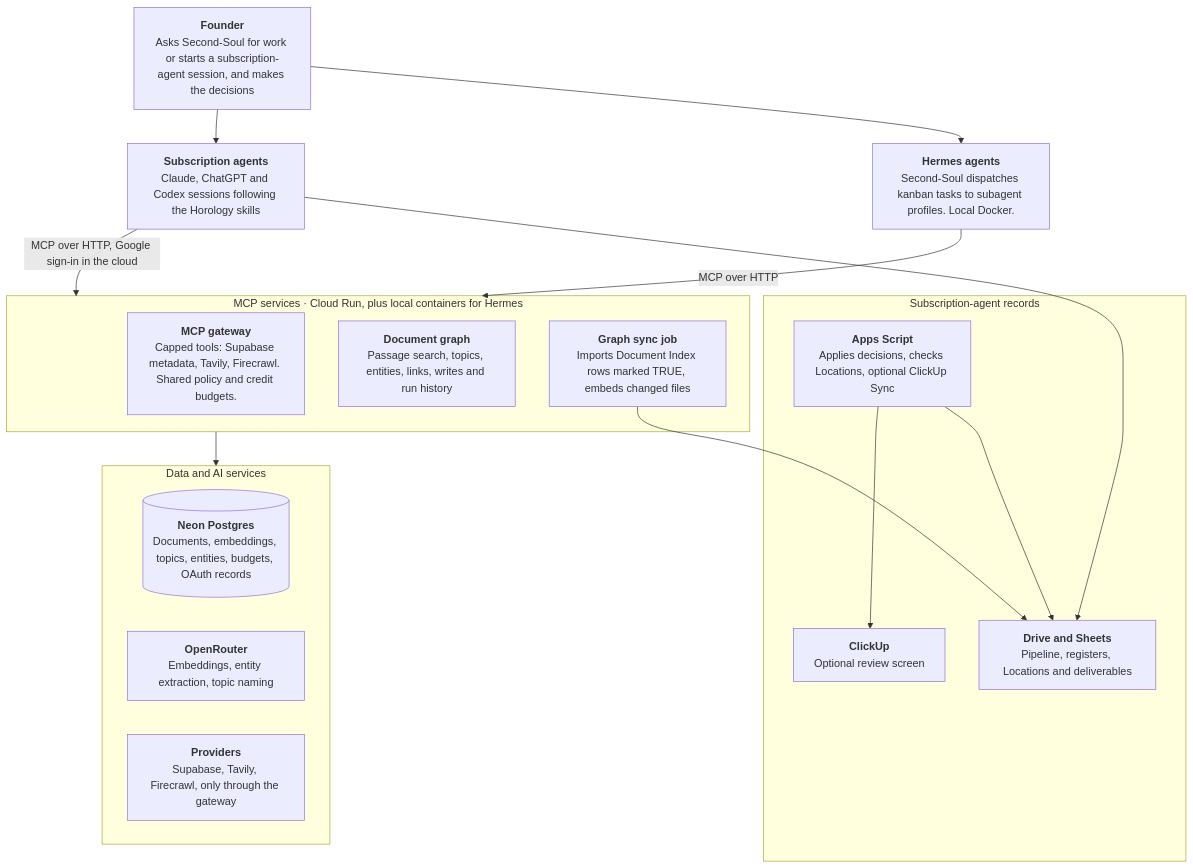
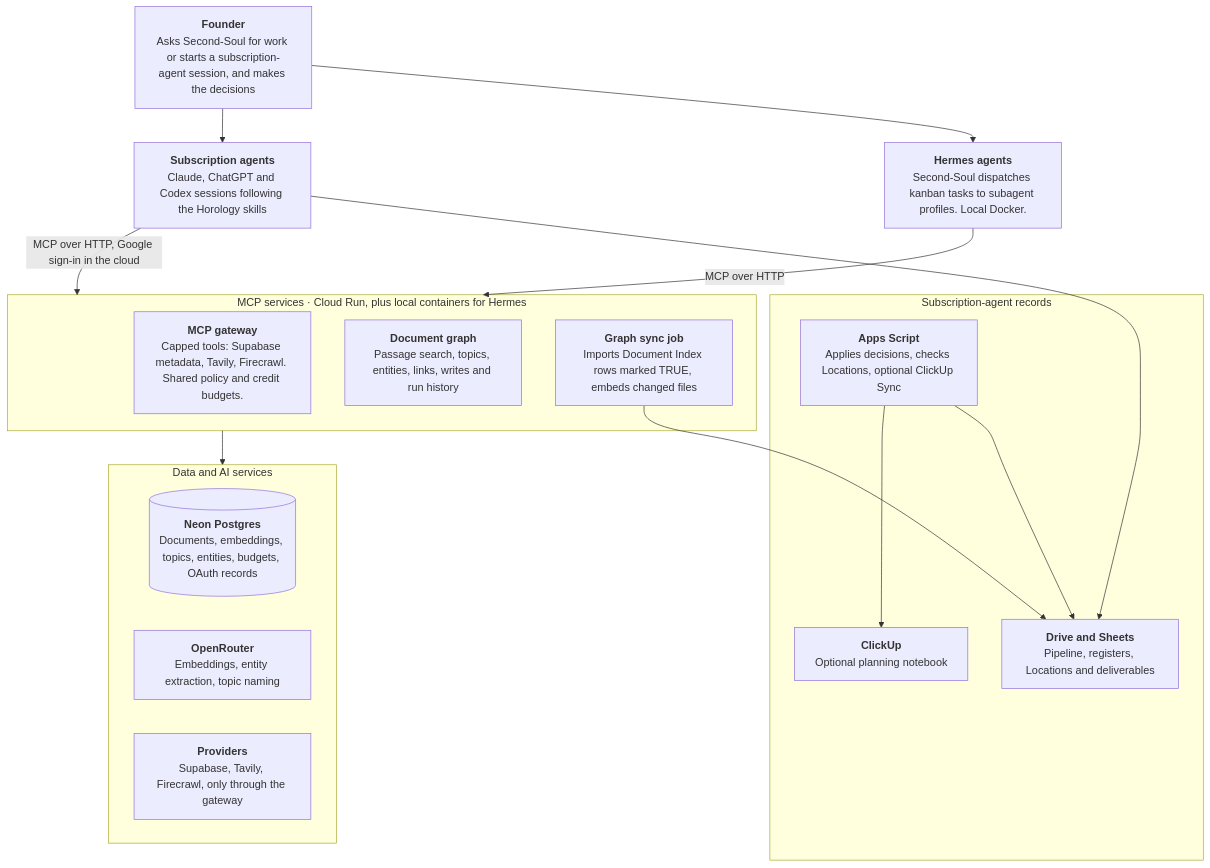
The diagram in docs/architecture/overview.md (Welladino/Horology), drawn with Mermaid before and after one commit. The commit also changed other lines of this file and 41 other files, not shown here.

````diff
--- a/docs/architecture/overview.md
+++ b/docs/architecture/overview.md
@@ -5,30 +5,30 @@
 ```mermaid
 flowchart TB
   founder["<b>Founder</b><br/>Asks Second-Soul for work or starts a subscription-agent session, and makes the decisions"]
   hermes["<b>Hermes agents</b><br/>Second-Soul dispatches kanban tasks to subagent profiles. Local Docker."]
   subs["<b>Subscription agents</b><br/>Claude, ChatGPT and Codex sessions following the Horology skills"]
   founder --> hermes
   founder --> subs
   subgraph mcp["MCP services · Cloud Run, plus local containers for Hermes"]
     gateway["<b>MCP gateway</b><br/>Capped tools: Supabase metadata, Tavily, Firecrawl. Shared policy and credit budgets."]
     dg["<b>Document graph</b><br/>Passage search, topics, entities, links, writes and run history"]
     gsync["<b>Graph sync job</b><br/>Imports Document Index rows marked TRUE, embeds changed files"]
   end
   hermes -- "MCP over HTTP" --> mcp
   subs -- "MCP over HTTP, Google sign-in in the cloud" --> mcp
   subgraph services["Data and AI services"]
     neon[("<b>Neon Postgres</b><br/>Documents, embeddings, topics, entities, budgets, OAuth records")]
     openrouter["<b>OpenRouter</b><br/>Embeddings, entity extraction, topic naming"]
     providers["<b>Providers</b><br/>Supabase, Tavily, Firecrawl, only through the gateway"]
   end
   mcp --> services
   subgraph records["Subscription-agent records"]
     sheets["<b>Drive and Sheets</b><br/>Pipeline, registers, Locations and deliverables"]
     apps["<b>Apps Script</b><br/>Applies decisions, checks Locations, optional ClickUp Sync"]
-    clickup["<b>ClickUp</b><br/>Optional review screen"]
+    clickup["<b>ClickUp</b><br/>Optional planning notebook"]
   end
   subs --> sheets
   gsync --> sheets
   apps --> sheets
   apps --> clickup
 ```
````
